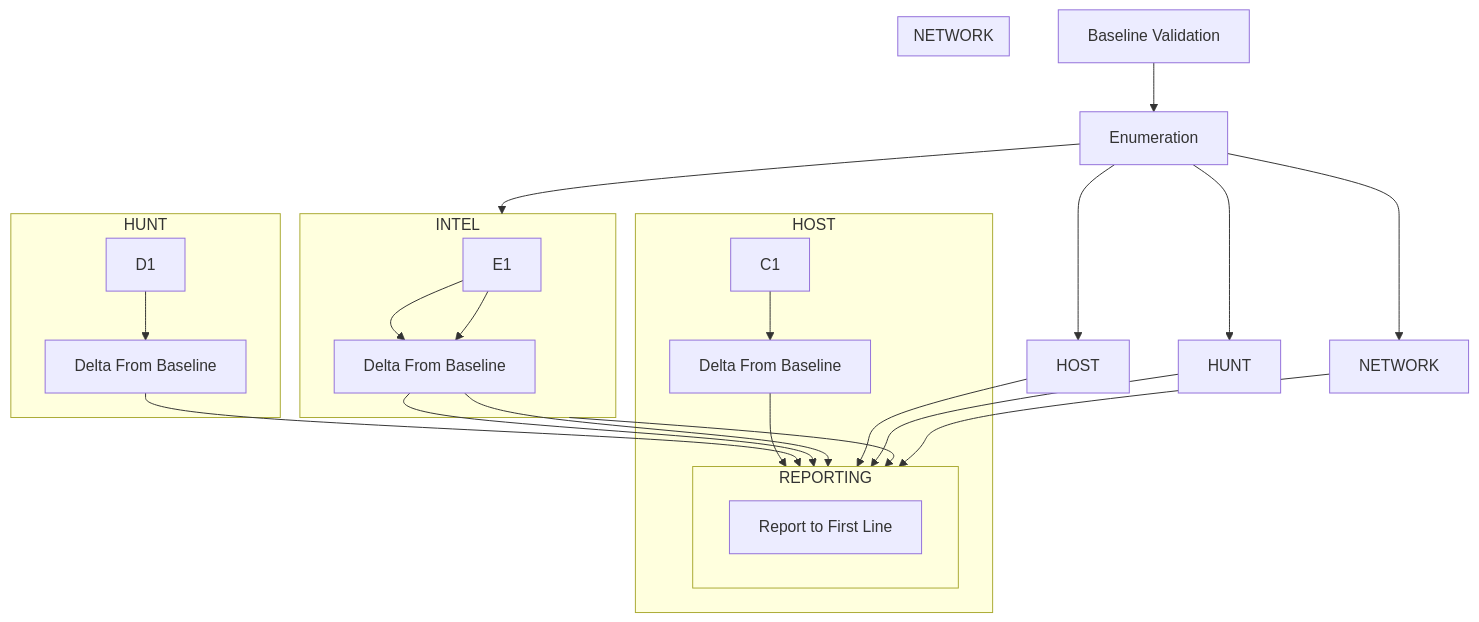
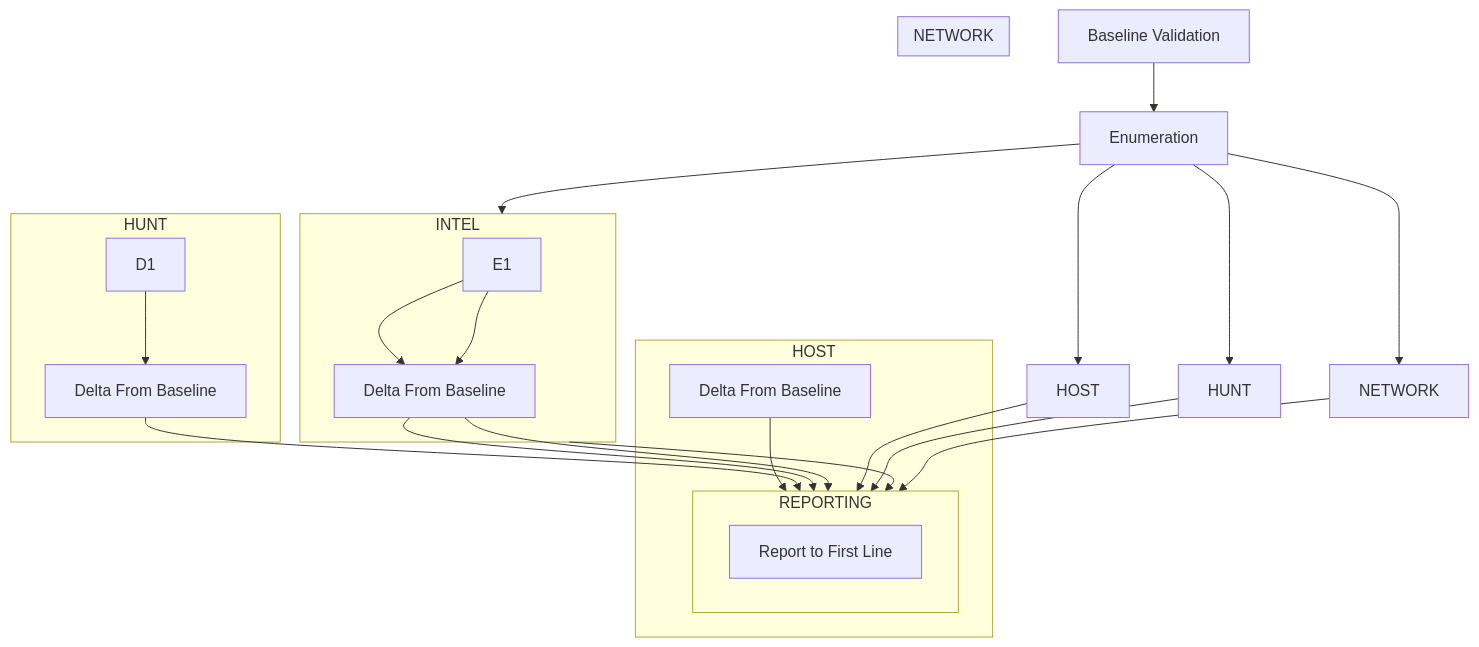
The diagram in team_flow.md (huntmckay/cyberflow), drawn with Mermaid before and after one commit.

````diff
--- a/team_flow.md
+++ b/team_flow.md
@@ -1,43 +1,42 @@
 ```mermaid
 ---
 Title: Scanning and Validation Flow
 ---
 flowchart TD
     A[Baseline Validation] --> B
 
     B[Enumeration]
 
     B --> HOST
     B --> HUNT
     B --> INTEL
     B --> NETWORK
 
     subgraph HOST 
-    C1 --> C2[Delta From Baseline]
-    C2 --> REPORTING
+    C2[Delta From Baseline] --> REPORTING
     end
 
     subgraph HUNT 
     D1 --> D2[Delta From Baseline]
     D2 --> REPORTING
     end
 
     subgraph INTEL
     E1 --> E2[Delta From Baseline]
     E2 --> REPORTING
     end
 
     subgraph NETWORK 
     E1 --> E2[Delta From Baseline]
     E2 --> REPORTING
     end
 
     HOST --> REPORTING
     HUNT --> REPORTING
     INTEL --> REPORTING
     NETWORK --> REPORTING
 
     subgraph REPORTING
     Z[Report to First Line]
     end
 ```
````
